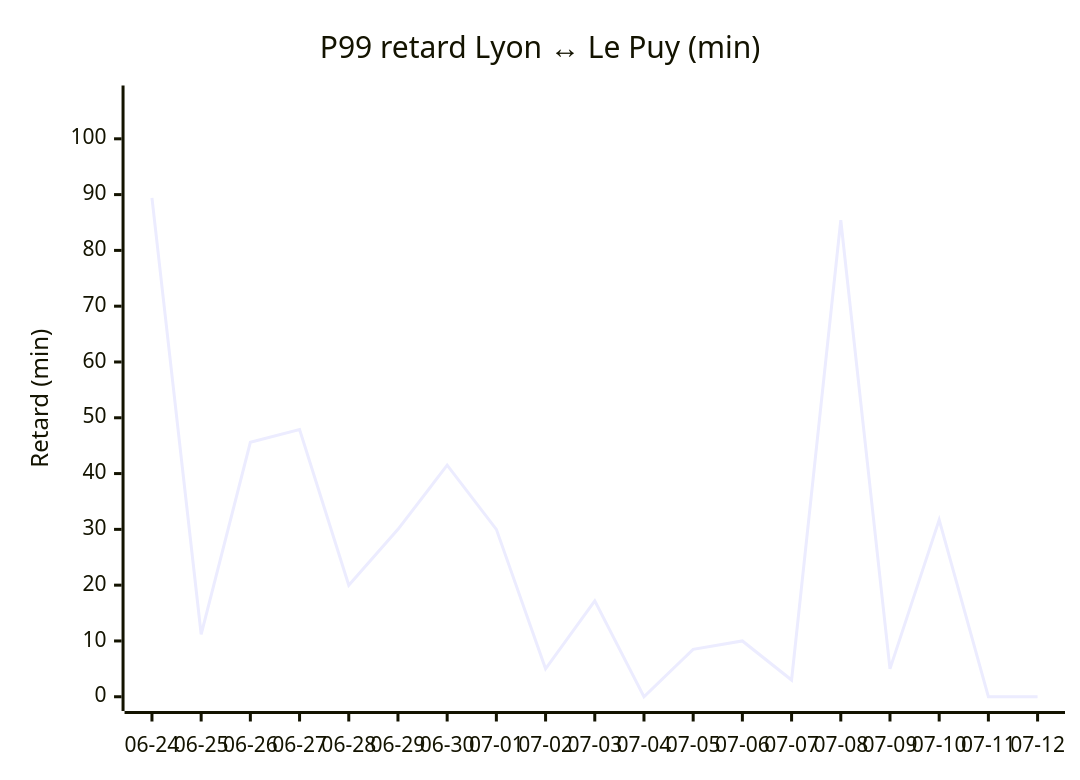
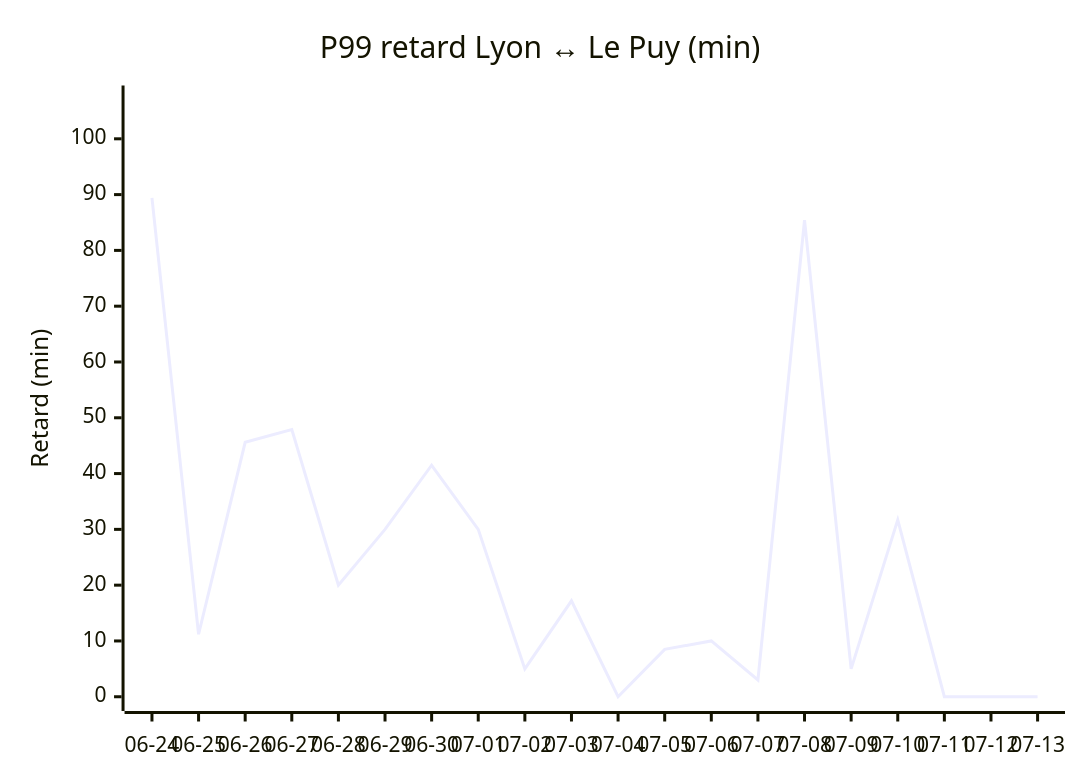
One commit to antoinerep/horaire-ter changed the fourth of 4 diagrams in STATS.md. Above: the diagram before and after it, drawn with Mermaid. The commit also changed other lines of this file and 1 other file, not shown here.

````diff
--- a/STATS.md
+++ b/STATS.md
@@ -101,7 +102,7 @@
 ```mermaid
 xychart-beta
     title "P99 retard Lyon ↔ Le Puy (min)"
-    x-axis ["06-24", "06-25", "06-26", "06-27", "06-28", "06-29", "06-30", "07-01", "07-02", "07-03", "07-04", "07-05", "07-06", "07-07", "07-08", "07-09", "07-10", "07-11", "07-12"]
+    x-axis ["06-24", "06-25", "06-26", "06-27", "06-28", "06-29", "06-30", "07-01", "07-02", "07-03", "07-04", "07-05", "07-06", "07-07", "07-08", "07-09", "07-10", "07-11", "07-12", "07-13"]
     y-axis "Retard (min)" 0 --> 107
-    line [89.4, 11.2, 45.6, 47.9, 20.0, 30.0, 41.5, 30.0, 5.0, 17.2, 0.0, 8.5, 10.0, 3.0, 85.4, 5.0, 31.7, 0.0, 0.0]
+    line [89.4, 11.2, 45.6, 47.9, 20.0, 30.0, 41.5, 30.0, 5.0, 17.2, 0.0, 8.5, 10.0, 3.0, 85.4, 5.0, 31.7, 0.0, 0.0, 0.0]
 ```
````
